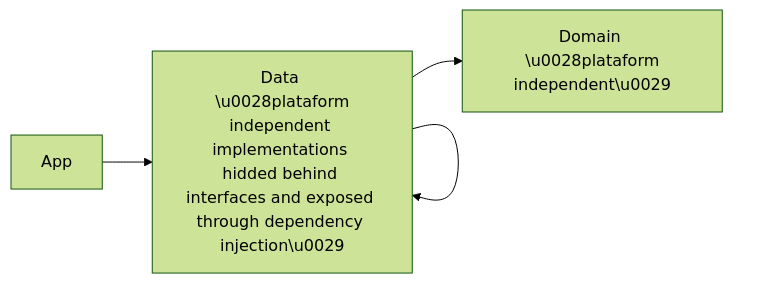
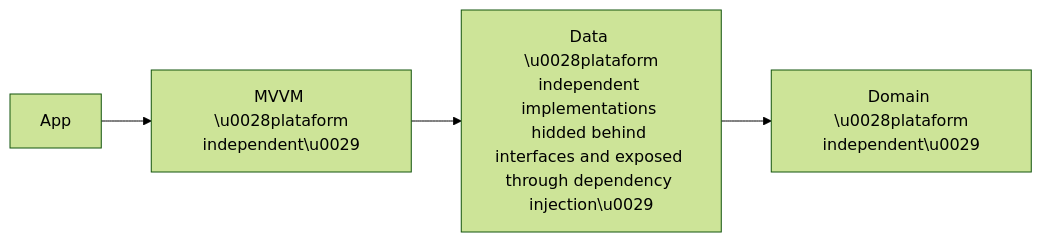
The second of 2 diagrams in README.md (jmlb23/kmm-marvel), drawn with Mermaid (forest theme) before and after one commit.

````diff
--- a/README.md
+++ b/README.md
@@ -13,5 +13,5 @@
 ```mermaid
 graph LR
-    A[App] --> B[MVVM <br/> \u0028plataform independent\u0029] --> B[Data <br/> \u0028plataform independent implementations hidded behind interfaces and exposed through dependency injection\u0029] --> C[Domain <br/> \u0028plataform independent\u0029]
+    A[App] --> B[MVVM <br/> \u0028plataform independent\u0029] --> C[Data <br/> \u0028plataform independent implementations hidded behind interfaces and exposed through dependency injection\u0029] --> D[Domain <br/> \u0028plataform independent\u0029]
 
 ```
````
